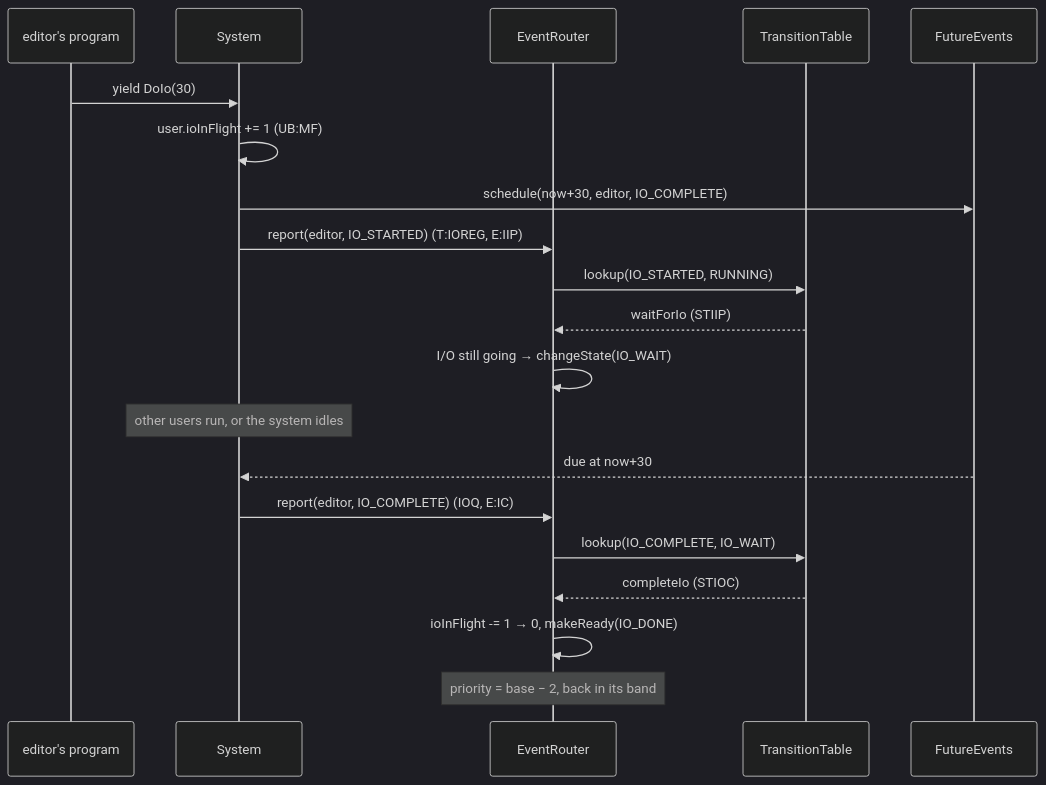
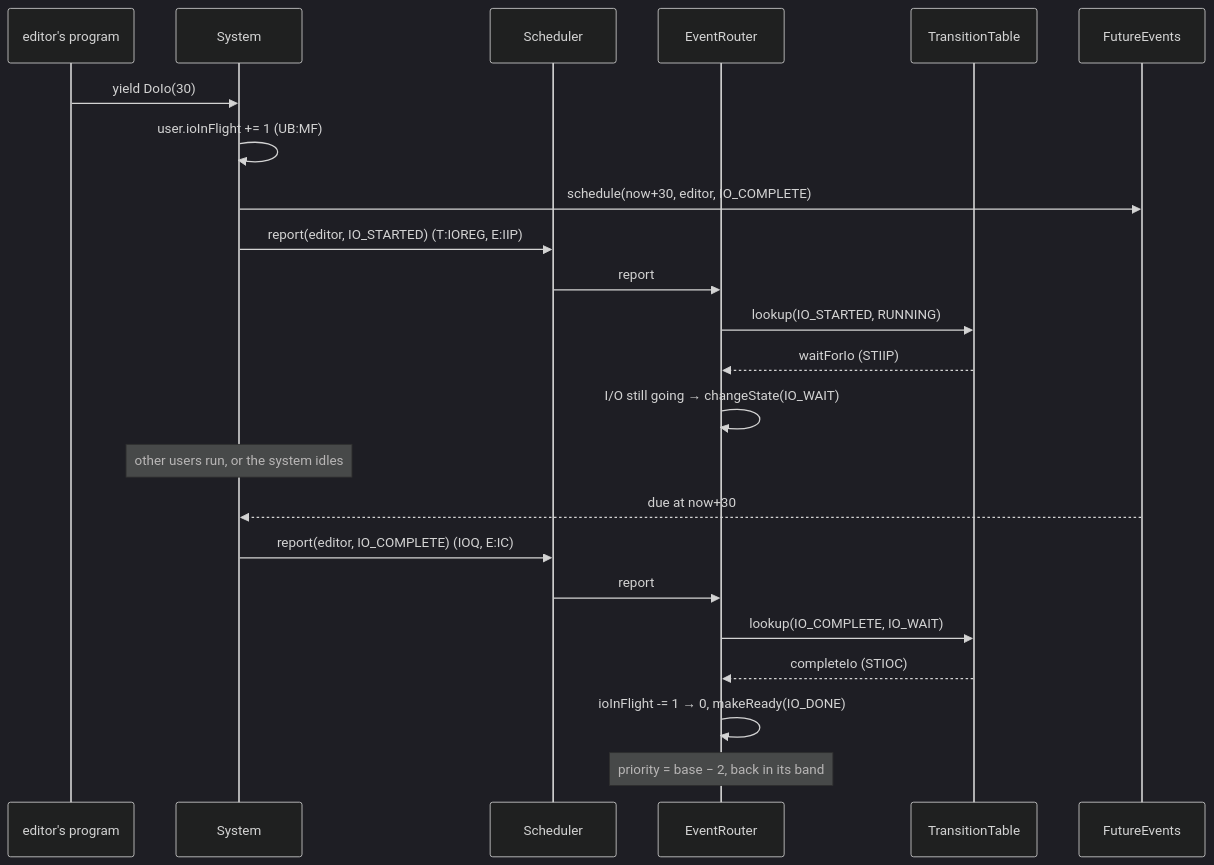
One commit to msiddalingaiah/Sigma changed the second of 3 diagrams in pyCP-V/C00stap/docs/model.md. Above: the diagram before and after it, drawn with Mermaid (dark theme). The commit also changed other lines of this file and 14 other files, not shown here.

````diff
--- a/pyCP-V/C00stap/docs/model.md
+++ b/pyCP-V/C00stap/docs/model.md
@@ -145,22 +165,25 @@
 ```mermaid
 sequenceDiagram
     participant P as editor's program
     participant S as System
+    participant C as Scheduler
     participant R as EventRouter
     participant T as TransitionTable
     participant F as FutureEvents
     P->>S: yield DoIo(30)
     S->>S: user.ioInFlight += 1 (UB:MF)
     S->>F: schedule(now+30, editor, IO_COMPLETE)
-    S->>R: report(editor, IO_STARTED)  (T:IOREG, E:IIP)
+    S->>C: report(editor, IO_STARTED)  (T:IOREG, E:IIP)
+    C->>R: report
     R->>T: lookup(IO_STARTED, RUNNING)
     T-->>R: waitForIo (STIIP)
     R->>R: I/O still going → changeState(IO_WAIT)
     Note over S: other users run, or the system idles
     F-->>S: due at now+30
-    S->>R: report(editor, IO_COMPLETE)  (IOQ, E:IC)
+    S->>C: report(editor, IO_COMPLETE)  (IOQ, E:IC)
+    C->>R: report
     R->>T: lookup(IO_COMPLETE, IO_WAIT)
     T-->>R: completeIo (STIOC)
     R->>R: ioInFlight -= 1 → 0, makeReady(IO_DONE)
     Note over R: priority = base − 2, back in its band
 ```
````
